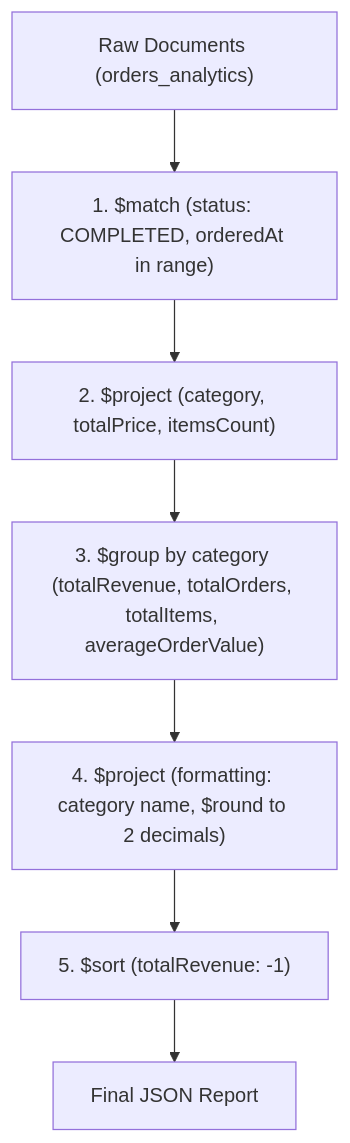
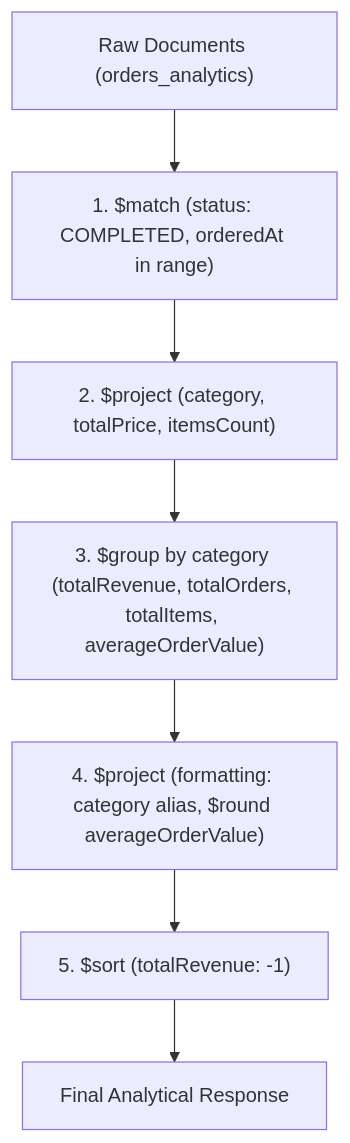
Before and after one commit to leonbohdan/insight-pulse-service: the diagram in README.md, drawn with Mermaid. The commit also changed other lines of this file and 16 other files, not shown here.

````diff
--- a/README.md
+++ b/README.md
@@ -101,9 +107,9 @@
 ```mermaid
 graph TD
     A["Raw Documents (orders_analytics)"] --> B["1. $match (status: COMPLETED, orderedAt in range)"]
     B --> C["2. $project (category, totalPrice, itemsCount)"]
     C --> D["3. $group by category (totalRevenue, totalOrders, totalItems, averageOrderValue)"]
-    D --> E["4. $project (formatting: category name, $round to 2 decimals)"]
+    D --> E["4. $project (formatting: category alias, $round averageOrderValue)"]
     E --> F["5. $sort (totalRevenue: -1)"]
-    F --> G["Final JSON Report"]
+    F --> G["Final Analytical Response"]
 ```
````
